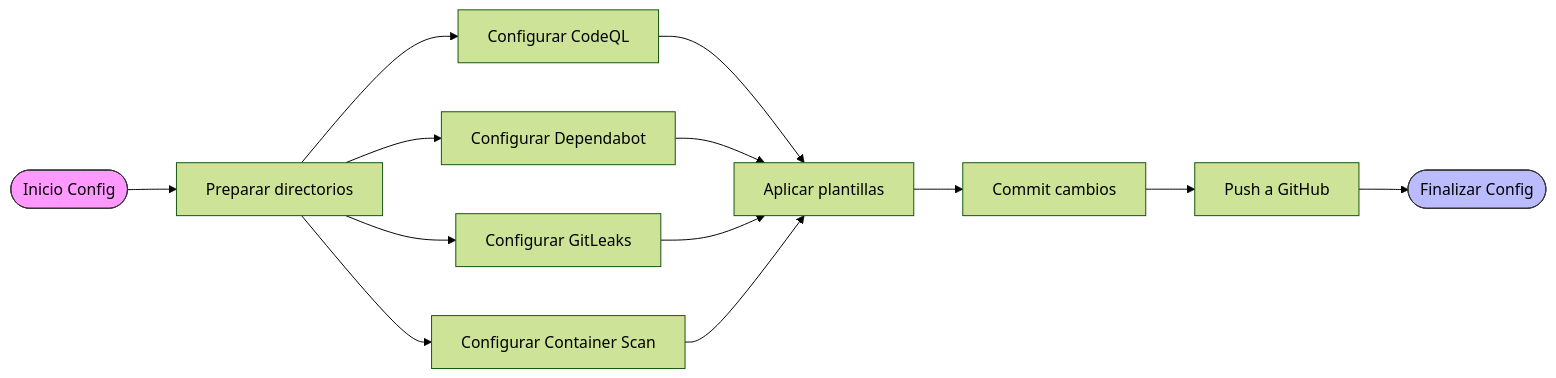
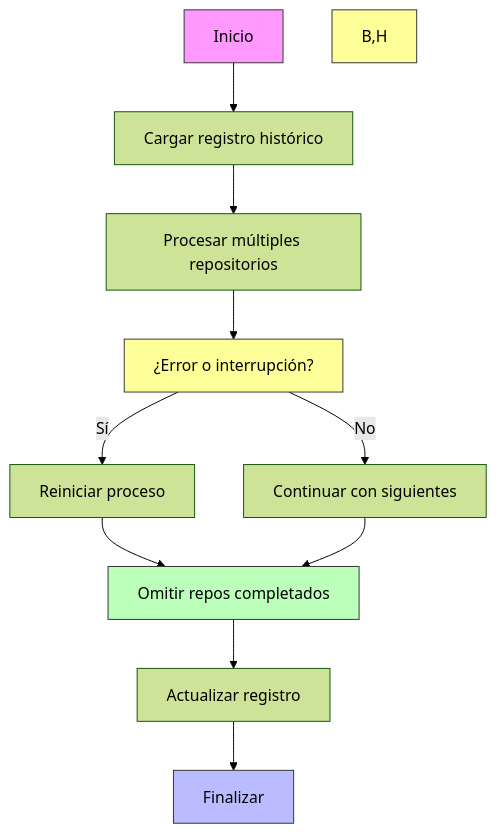
One commit to danyelliot/tesis-poc changed the ninth of 10 diagrams in README.md. Above: the diagram before and after it, drawn with Mermaid (forest theme). The commit also changed other lines of this file and 7 other files, not shown here.

Commit message:
nuevo manejo de escaneo de repositorios con redundancia y logs

````diff
--- a/README.md
+++ b/README.md
@@ -837,22 +764,18 @@
 ```mermaid
-flowchart LR
-    Start([Inicio Config]) --> PrepDirs[Preparar directorios]
+graph TD
+    A[Inicio] --> B[Cargar registro histórico]
+    B --> C[Procesar múltiples repositorios]
+    C --> D[¿Error o interrupción?]
+    D -->|Sí| E[Reiniciar proceso]
+    D -->|No| F[Continuar con siguientes]
+    E --> G[Omitir repos completados]
+    F --> G
+    G --> H[Actualizar registro]
+    H --> I[Finalizar]
     
-    PrepDirs --> CodeQL[Configurar CodeQL]
-    PrepDirs --> Dependabot[Configurar Dependabot]
-    PrepDirs --> GitLeaks[Configurar GitLeaks]
-    PrepDirs --> ContainerScan[Configurar Container Scan]
-    
-    CodeQL --> ApplyTemplates[Aplicar plantillas]
-    Dependabot --> ApplyTemplates
-    GitLeaks --> ApplyTemplates
-    ContainerScan --> ApplyTemplates
-    
-    ApplyTemplates --> Commit[Commit cambios]
-    Commit --> Push[Push a GitHub]
-    Push --> Finish([Finalizar Config])
-    
-    class Start,Finish round
-    style Start fill:#f9f,stroke:#333
-    style Finish fill:#bbf,stroke:#333
+    style A fill:#f9f,stroke:#333
+    style I fill:#bbf,stroke:#333
+    style B,H fill:#ff9,stroke:#333
+    style G fill:#bfb,stroke:#333
+    style D fill:#ff9,stroke:#333
 ```
````
